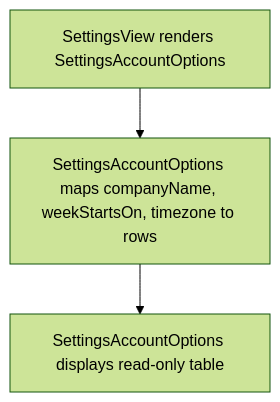
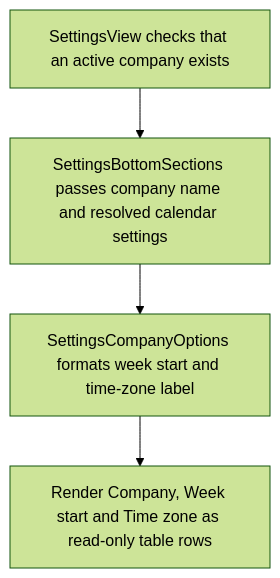
The second of 2 diagrams in user-stories/settings/US-SET-01-calendar-settings.md (Kevinjohn/capacitylens), drawn with Mermaid (forest theme) before and after one commit. The commit also changed other lines of this file and 172 other files, not shown here.

Commit message:
docs: reconcile user story code flows with source

````diff
--- a/user-stories/settings/US-SET-01-calendar-settings.md
+++ b/user-stories/settings/US-SET-01-calendar-settings.md
@@ -33,5 +35,6 @@
 ```mermaid
 flowchart TD
-  settings["SettingsView renders SettingsAccountOptions"] --> details["SettingsAccountOptions maps companyName, weekStartsOn, timezone to rows"]
-  details --> display["SettingsAccountOptions displays read-only table"]
+  settingsView["SettingsView checks that an active company exists"] --> bottom["SettingsBottomSections passes company name and resolved calendar settings"]
+  bottom --> details["SettingsCompanyOptions formats week start and time-zone label"]
+  details --> display["Render Company, Week start and Time zone as read-only table rows"]
 ```
````
